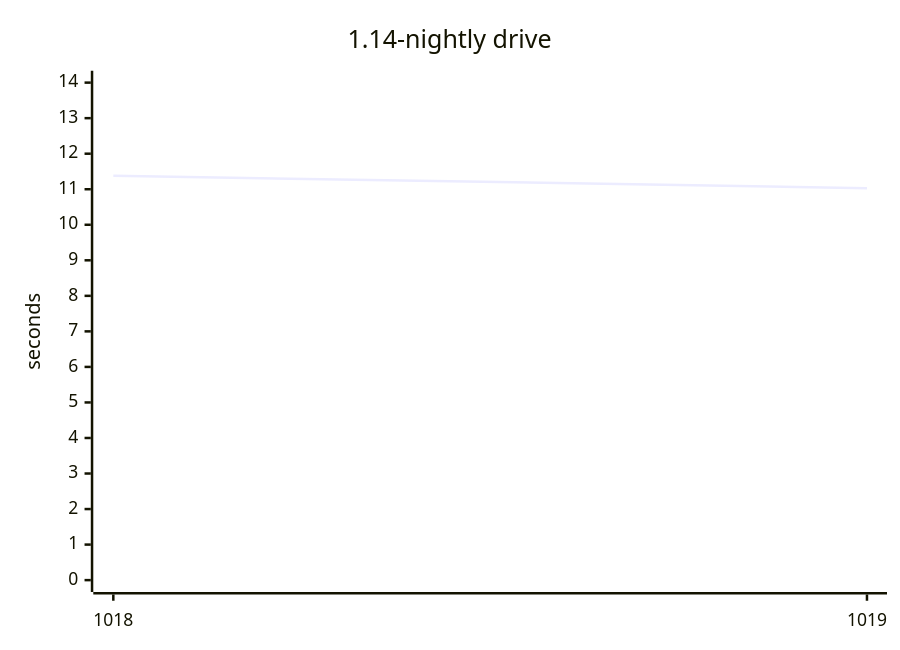
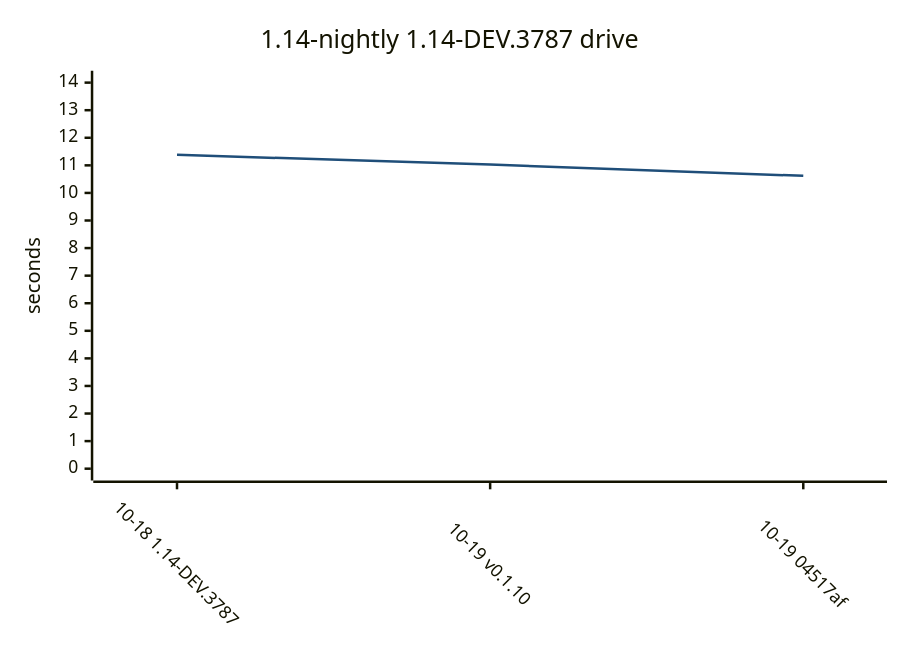
Before and after one commit to yamanori99/DistSSHRun.jl: the sixth of 9 diagrams in README.md, drawn with Mermaid. The commit also changed other lines of this file and 1 other file, not shown here.

Commit message:
Record compile bench for 1.14-nightly.

````diff
--- a/README.md
+++ b/README.md
@@ -147,7 +199,17 @@
 ```mermaid
+---
+config:
+  theme: base
+  themeVariables:
+    xyChart:
+      plotColorPalette: "#1f4e79"
+  xyChart:
+    xAxis:
+      labelRotation: 45
+---
 xychart-beta
-    title "1.14-nightly drive"
-    x-axis ["1018", "1019"]
+    title "1.14-nightly 1.14-DEV.3787 drive"
+    x-axis ["10-18 1.14-DEV.3787", "10-19 v0.1.10", "10-19 04517af"]
     y-axis "seconds" 0 --> 14
-    line [11.38, 11.03]
+    line [11.38, 11.03, 10.62]
 ```
````
